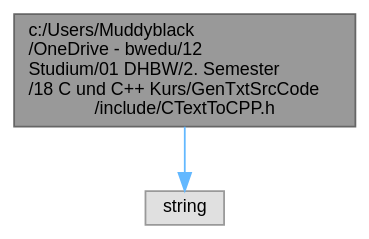
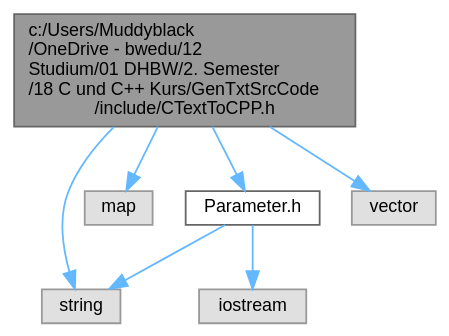
One commit to Muddyblack/Cpp_Project changed the diagram in _c_text_to_c_p_p_8h__incl.dot. Above: the diagram before and after it, drawn with Graphviz. The commit also changed 194 other files, not shown here.

```diff
--- a/_c_text_to_c_p_p_8h__incl.dot
+++ b/_c_text_to_c_p_p_8h__incl.dot
@@ -1,10 +1,19 @@
 digraph "c:/Users/Muddyblack/OneDrive - bwedu/12 Studium/01 DHBW/2. Semester/18 C und C++ Kurs/GenTxtSrcCode/include/CTextToCPP.h"
 {
  // LATEX_PDF_SIZE
   bgcolor="transparent";
   edge [fontname=Helvetica,fontsize=10,labelfontname=Helvetica,labelfontsize=10];
   node [fontname=Helvetica,fontsize=10,shape=box,height=0.2,width=0.4];
-  Node1 [id="Node000001",label="c:/Users/Muddyblack\l/OneDrive - bwedu/12\l Studium/01 DHBW/2. Semester\l/18 C und C++ Kurs/GenTxtSrcCode\l/include/CTextToCPP.h",height=0.2,width=0.4,color="gray40", fillcolor="grey60", style="filled", fontcolor="black",tooltip=" "];
+  Node1 [id="Node000001",label="c:/Users/Muddyblack\l/OneDrive - bwedu/12\l Studium/01 DHBW/2. Semester\l/18 C und C++ Kurs/GenTxtSrcCode\l/include/CTextToCPP.h",height=0.2,width=0.4,color="gray40", fillcolor="grey60", style="filled", fontcolor="black",tooltip="Contains the CTextToCPP class for text-to-C++ conversion."];
   Node1 -> Node2 [id="edge1_Node000001_Node000002",color="steelblue1",style="solid",tooltip=" "];
   Node2 [id="Node000002",label="string",height=0.2,width=0.4,color="grey60", fillcolor="#E0E0E0", style="filled",tooltip=" "];
+  Node1 -> Node3 [id="edge2_Node000001_Node000003",color="steelblue1",style="solid",tooltip=" "];
+  Node3 [id="Node000003",label="map",height=0.2,width=0.4,color="grey60", fillcolor="#E0E0E0", style="filled",tooltip=" "];
+  Node1 -> Node4 [id="edge3_Node000001_Node000004",color="steelblue1",style="solid",tooltip=" "];
+  Node4 [id="Node000004",label="Parameter.h",height=0.2,width=0.4,color="grey40", fillcolor="white", style="filled",URL="$_parameter_8h.html",tooltip="Contains structures and functions for handling parameters and variables."];
+  Node4 -> Node2 [id="edge4_Node000004_Node000002",color="steelblue1",style="solid",tooltip=" "];
+  Node4 -> Node5 [id="edge5_Node000004_Node000005",color="steelblue1",style="solid",tooltip=" "];
+  Node5 [id="Node000005",label="iostream",height=0.2,width=0.4,color="grey60", fillcolor="#E0E0E0", style="filled",tooltip=" "];
+  Node1 -> Node6 [id="edge6_Node000001_Node000006",color="steelblue1",style="solid",tooltip=" "];
+  Node6 [id="Node000006",label="vector",height=0.2,width=0.4,color="grey60", fillcolor="#E0E0E0", style="filled",tooltip=" "];
 }
```
